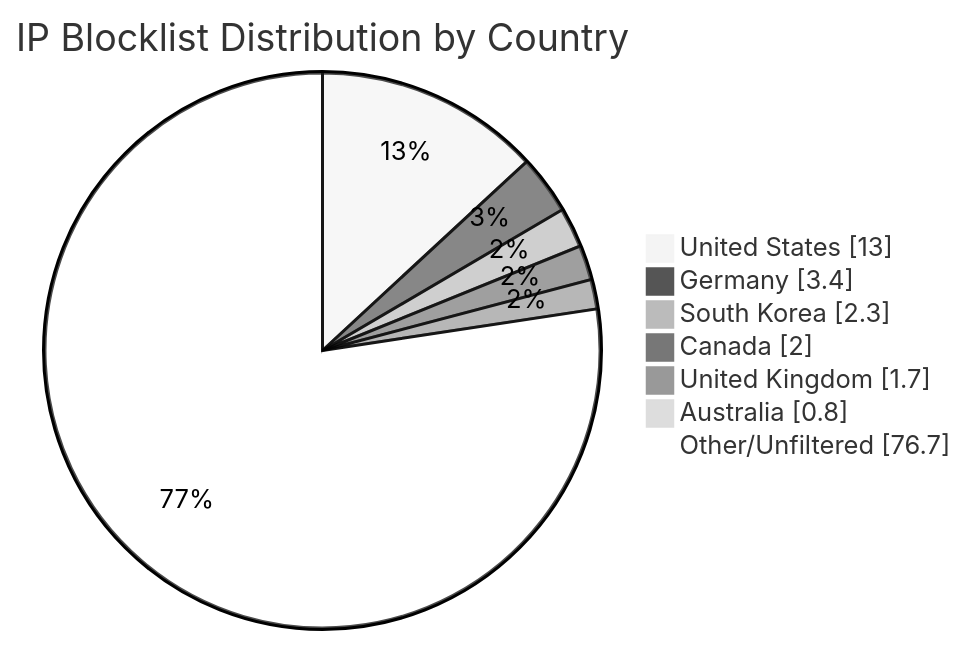
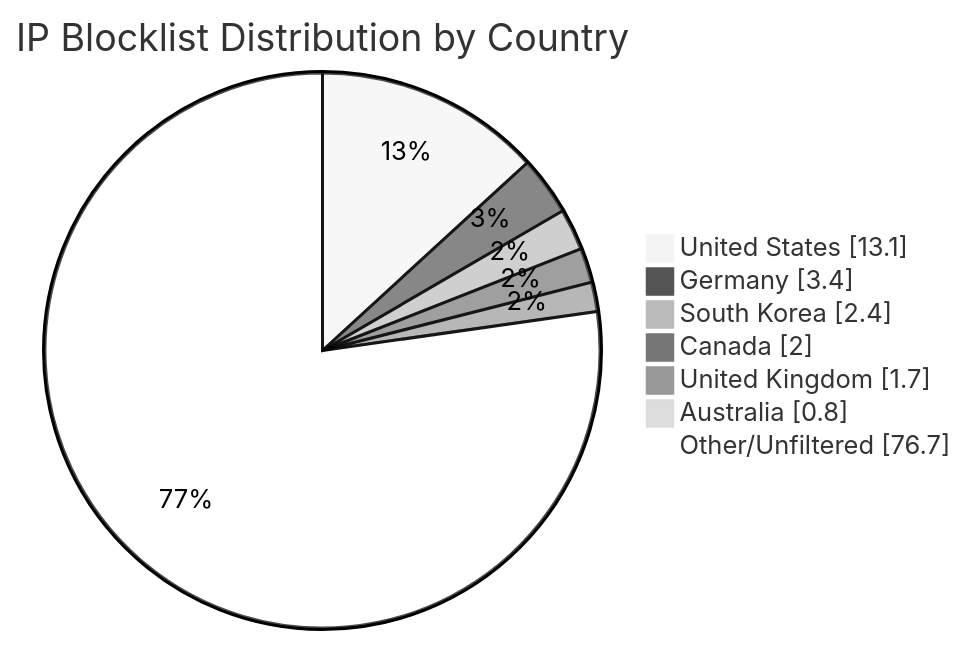
The diagram in README.md (MarcusHoltz/ipblocklist-geofiltered-aggregator), drawn with Mermaid (neutral theme) before and after one commit. The commit also changed other lines of this file and 9 other files, not shown here.

````diff
--- a/README.md
+++ b/README.md
@@ -34,10 +34,10 @@
 ```mermaid
 pie showData title IP Blocklist Distribution by Country
-"United States" : 13.0
+"United States" : 13.1
 "Germany" : 3.4
-"South Korea" : 2.3
+"South Korea" : 2.4
 "Canada" : 2.0
 "United Kingdom" : 1.7
 "Australia" : 0.8
 "Other/Unfiltered" : 76.7
 ```
````
